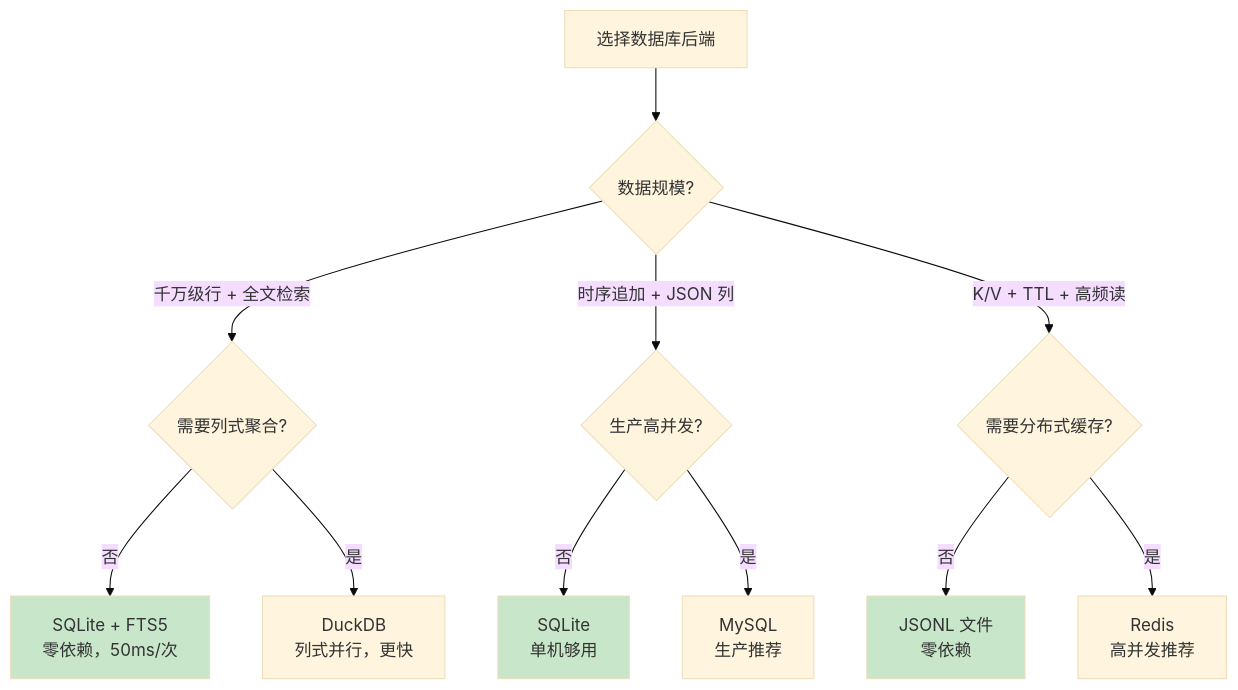
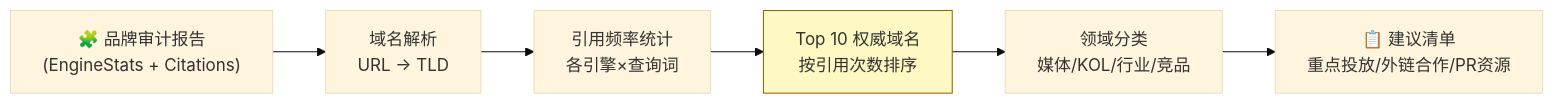
Before and after one commit to deep2code/geo: diagram 12 of 31 in docs/architecture.md, drawn with Mermaid (base theme). The commit also changed other lines of this file and 3 other files, not shown here.

First line of the commit message:
docs: 全面美化文档，大量采用 Mermaid 图表

````diff
--- a/docs/architecture.md
+++ b/docs/architecture.md
@@ -207,21 +294,10 @@
 ```mermaid
-flowchart TD
-    START["选择数据库后端"] --> Q1{"数据规模?"}
+flowchart LR
+    A["🧩 品牌审计报告<br/>(EngineStats + Citations)"] --> B["域名解析<br/>URL → TLD"]
+    B --> C["引用频率统计<br/>各引擎×查询词"]
+    C --> D["Top 10 权威域名<br/>按引用次数排序"]
+    D --> E["领域分类<br/>媒体/KOL/行业/竞品"]
+    E --> F["📋 建议清单<br/>重点投放/外链合作/PR资源"]
 
-    Q1 -->|"千万级行 + 全文检索"| Q2{"需要列式聚合?"}
-    Q1 -->|"时序追加 + JSON 列"| Q3{"生产高并发?"}
-    Q1 -->|"K/V + TTL + 高频读"| Q4{"需要分布式缓存?"}
-
-    Q2 -->|"否"| OFF_S["SQLite + FTS5<br/>零依赖，50ms/次"]
-    Q2 -->|"是"| OFF_D["DuckDB<br/>列式并行，更快"]
-
-    Q3 -->|"否"| HIS_S["SQLite<br/>单机够用"]
-    Q3 -->|"是"| HIS_M["MySQL<br/>生产推荐"]
-
-    Q4 -->|"否"| CA_J["JSONL 文件<br/>零依赖"]
-    Q4 -->|"是"| CA_R["Redis<br/>高并发推荐"]
-
-    style OFF_S fill:#c8e6c9
-    style HIS_S fill:#c8e6c9
-    style CA_J fill:#c8e6c9
+    style D fill:#fef9c3,stroke:#a16207
 ```
````
